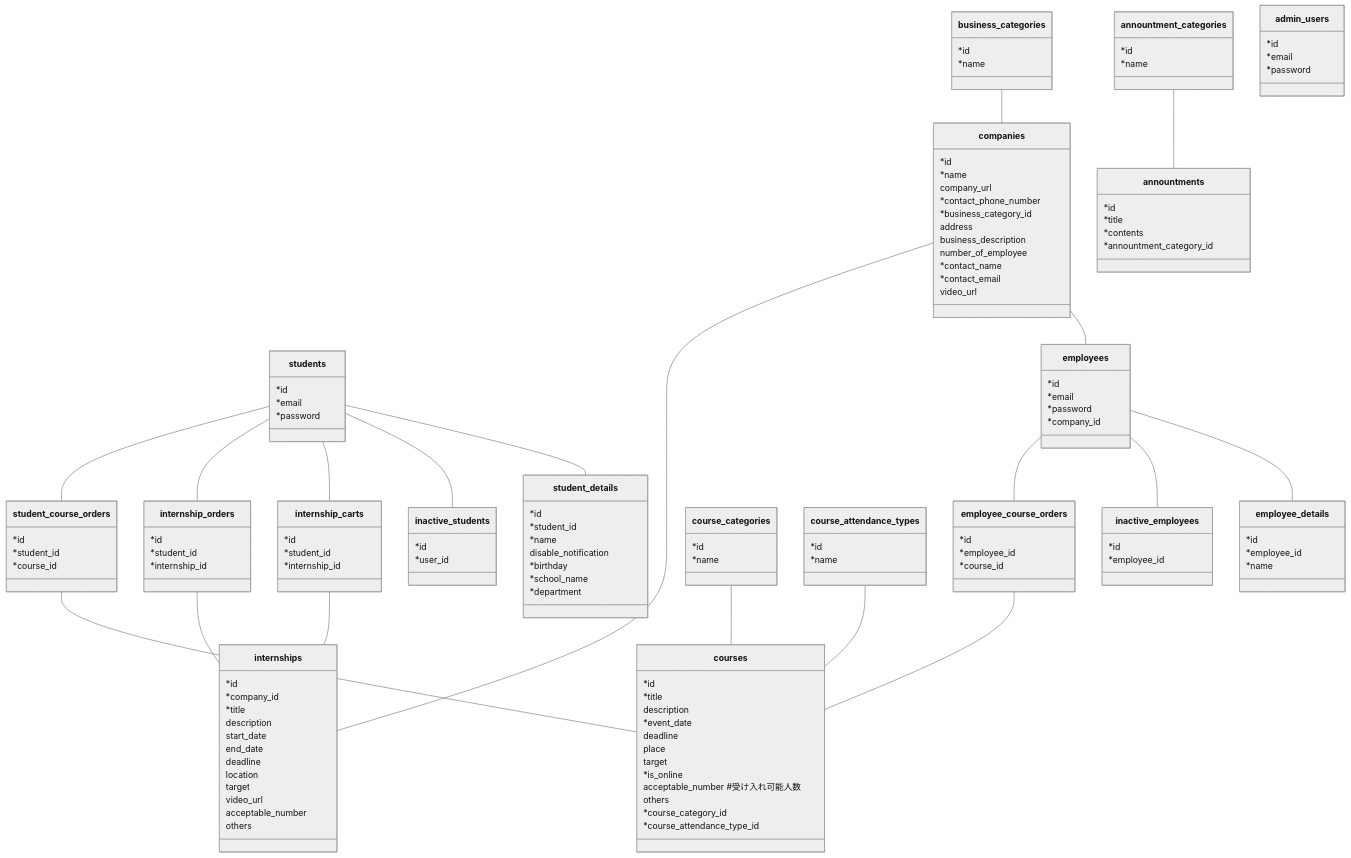
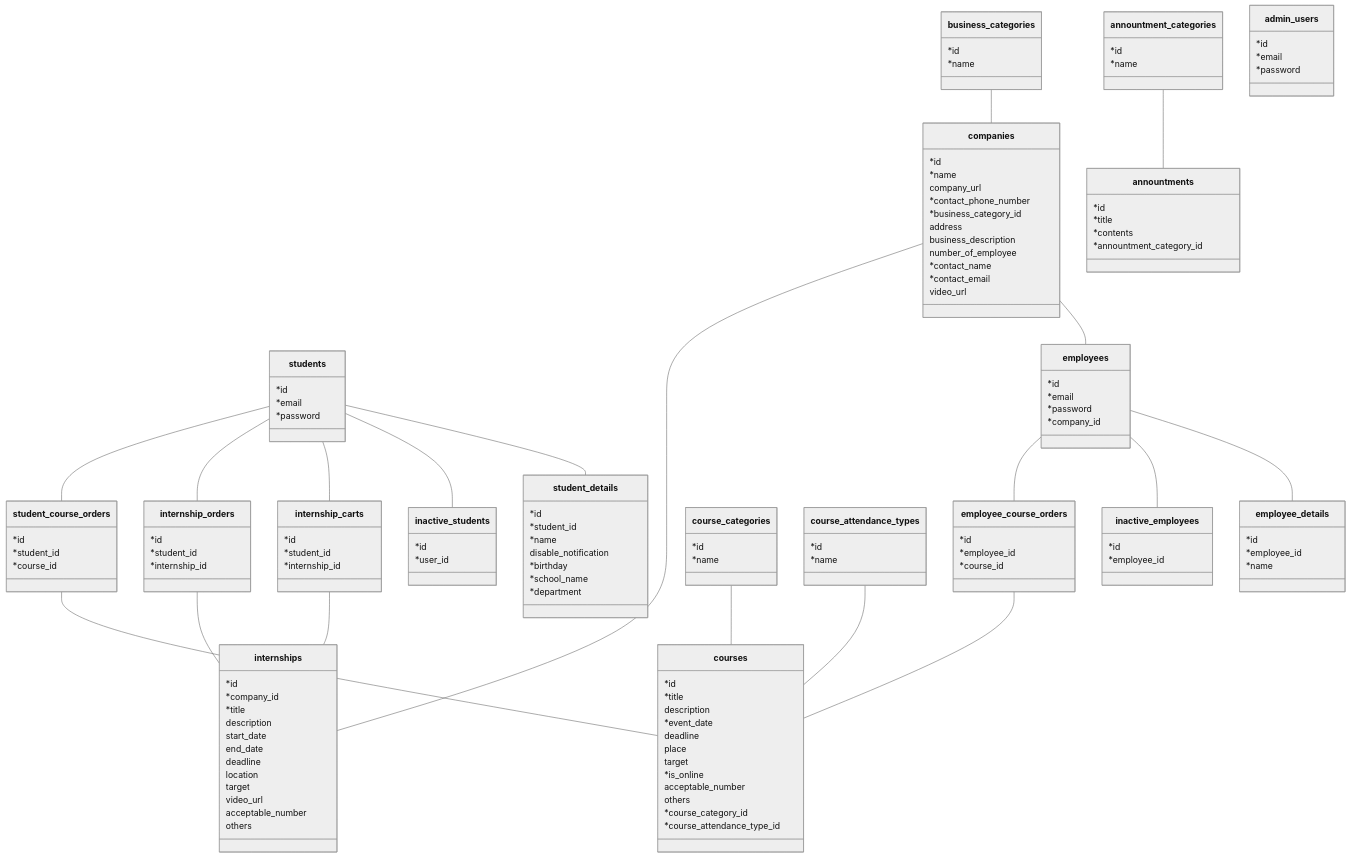
Before and after one commit to youichiro/nagaoka-internship-site: the diagram in docs/schema.md, drawn with Mermaid.

```diff
--- a/docs/schema.md
+++ b/docs/schema.md
@@ -135,7 +135,7 @@
     place
     target
     *is_online
-    acceptable_number #受け入れ可能人数
+    acceptable_number
     others
     *course_category_id
     *course_attendance_type_id
```
